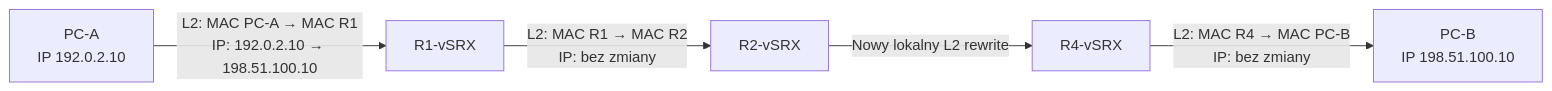
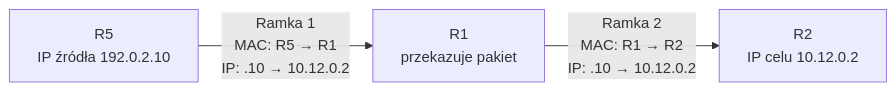
The fifth of 7 diagrams in docs/chapters/JUNOS_Rozdzial_02_Architektura_Junos_OS.md (nelto79/jncip), drawn with Mermaid before and after one commit. The commit also changed other lines of this file, not shown here.

Commit message:
docs(ch02): publish novice-first full chapter II with 2→3→6 vSRX labs and DIAMOND-6R

```diff
--- a/docs/chapters/JUNOS_Rozdzial_02_Architektura_Junos_OS.md
+++ b/docs/chapters/JUNOS_Rozdzial_02_Architektura_Junos_OS.md
@@ -973,7 +349,5 @@
 ~~~mermaid
 flowchart LR
-  A["PC-A\nIP 192.0.2.10"] -->|"L2: MAC PC-A → MAC R1\nIP: 192.0.2.10 → 198.51.100.10"| R1["R1-vSRX"]
-  R1 -->|"L2: MAC R1 → MAC R2\nIP: bez zmiany"| R2["R2-vSRX"]
-  R2 -->|"Nowy lokalny L2 rewrite"| R4["R4-vSRX"]
-  R4 -->|"L2: MAC R4 → MAC PC-B\nIP: bez zmiany"| B["PC-B\nIP 198.51.100.10"]
+  R5["R5<br/>IP źródła 192.0.2.10"] -->|"Ramka 1<br/>MAC: R5 → R1<br/>IP: .10 → 10.12.0.2"| R1["R1<br/>przekazuje pakiet"]
+  R1 -->|"Ramka 2<br/>MAC: R1 → R2<br/>IP: .10 → 10.12.0.2"| R2["R2<br/>IP celu 10.12.0.2"]
 ~~~
```
